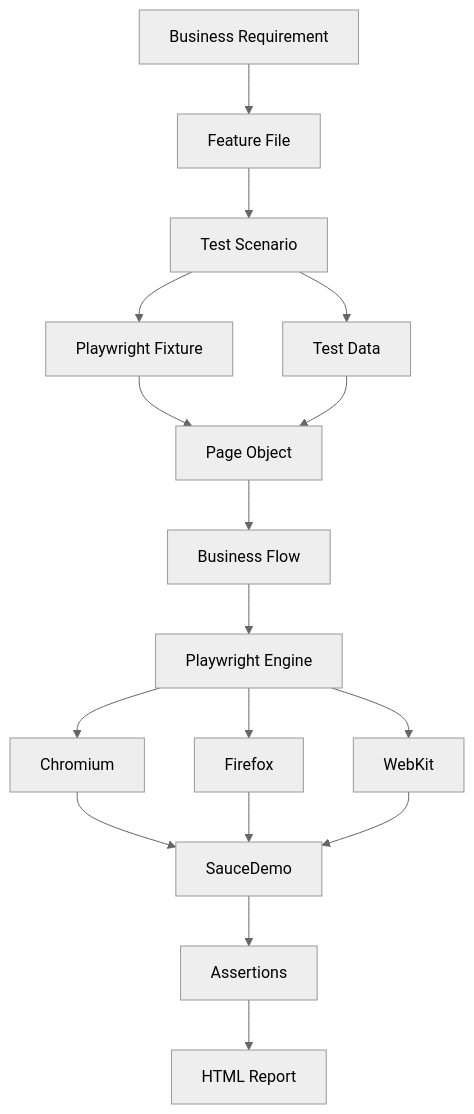
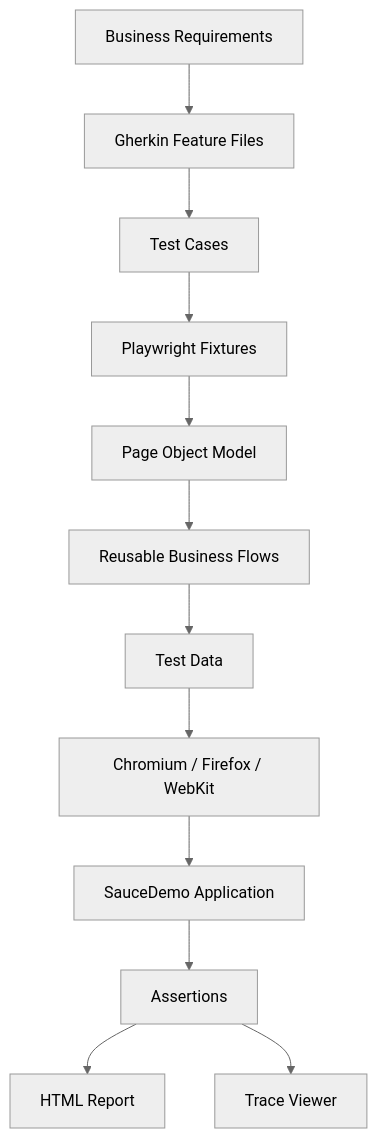
Before and after one commit to HudaHussin/playwright-automation: the first of 2 diagrams in README.md, drawn with Mermaid (neutral theme). The commit also changed other lines of this file, not shown here.

Commit message:
docs: enhance README with roadmap and project documentation

````diff
--- a/README.md
+++ b/README.md
@@ -618,37 +221,15 @@
 ```mermaid
 flowchart TD
 
-A[Business Requirement]
-
-A --> B[Feature File]
-
-B --> C[Test Scenario]
-
-C --> D[Test Data]
-
-C --> E[Playwright Fixture]
-
-E --> F[Page Object]
-
-D --> F
-
-F --> G[Business Flow]
-
-G --> H[Playwright Engine]
-
-H --> I[Chromium]
-
-H --> J[Firefox]
-
-H --> K[WebKit]
-
-I --> L[SauceDemo]
-
-J --> L
-
-K --> L
-
-L --> M[Assertions]
-
-M --> N[HTML Report]
+A[Business Requirements] --> B[Gherkin Feature Files]
+B --> C[Test Cases]
+C --> D[Playwright Fixtures]
+D --> E[Page Object Model]
+E --> F[Reusable Business Flows]
+F --> G[Test Data]
+G --> H[Chromium / Firefox / WebKit]
+H --> I[SauceDemo Application]
+I --> J[Assertions]
+J --> K[HTML Report]
+J --> L[Trace Viewer]
 ```
````
